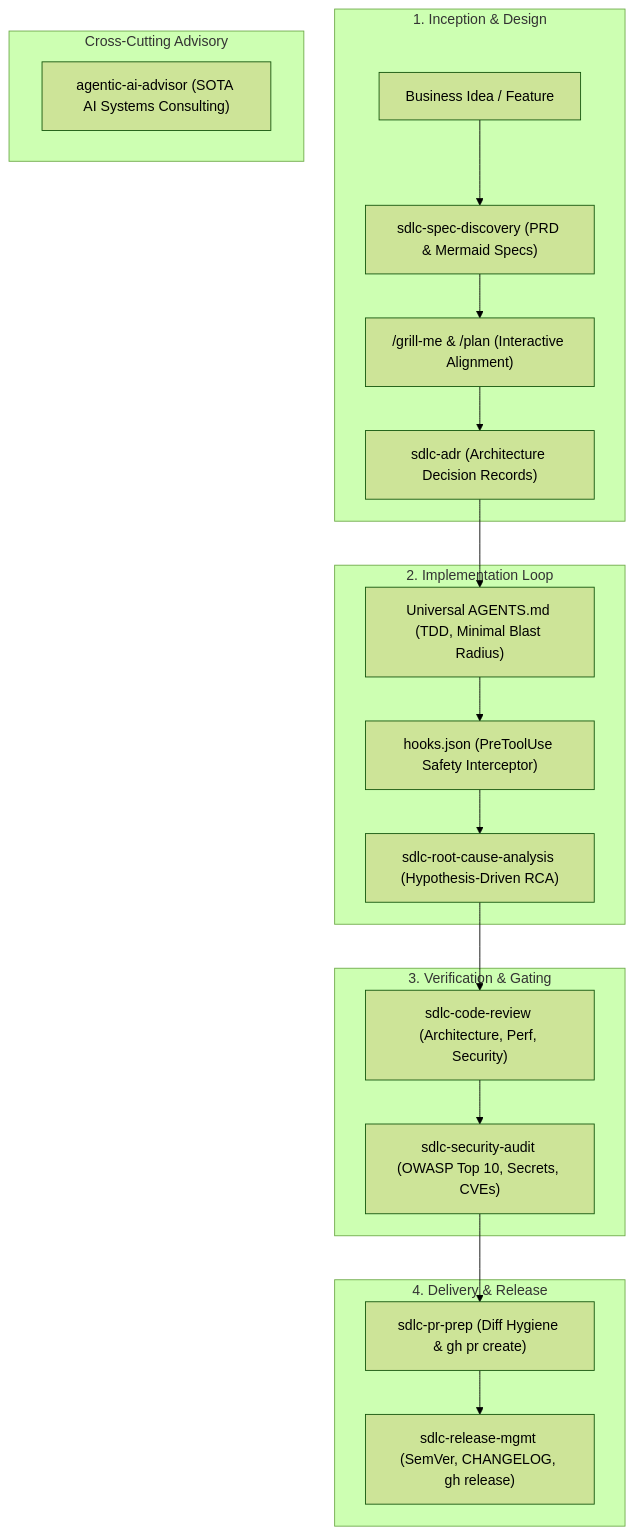
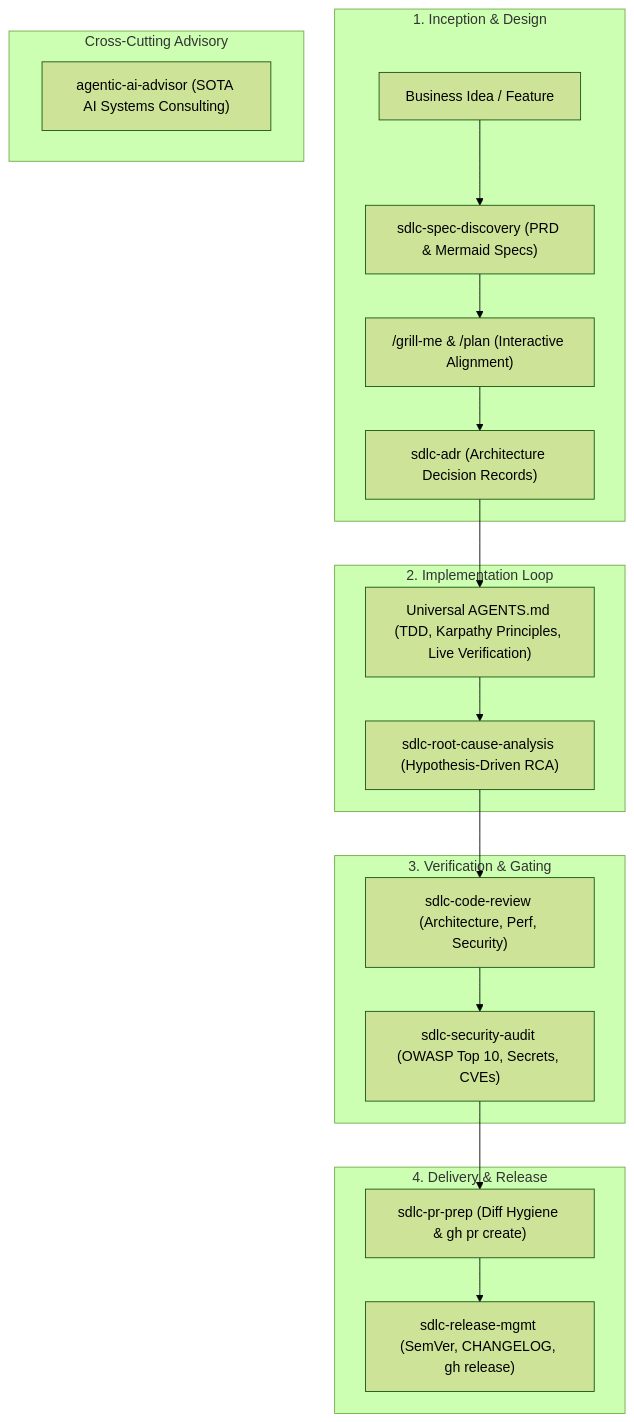
The diagram in README.md (enielrodriguez/antigravity-sdlc-pack), drawn with Mermaid (forest theme) before and after one commit. The commit also changed other lines of this file and 2 other files, not shown here.

Commit message:
refactor: remove redundant hooks.json and update README

````diff
--- a/README.md
+++ b/README.md
@@ -11,28 +11,27 @@
 ```mermaid
 flowchart TD
     subgraph Inception["1. Inception & Design"]
         A["Business Idea / Feature"] --> B["sdlc-spec-discovery (PRD & Mermaid Specs)"]
         B --> C["/grill-me & /plan (Interactive Alignment)"]
         C --> D["sdlc-adr (Architecture Decision Records)"]
     end
 
     subgraph Implementation["2. Implementation Loop"]
-        D --> E["Universal AGENTS.md (TDD, Minimal Blast Radius)"]
-        E --> F["hooks.json (PreToolUse Safety Interceptor)"]
-        F --> G["sdlc-root-cause-analysis (Hypothesis-Driven RCA)"]
+        D --> E["Universal AGENTS.md (TDD, Karpathy Principles, Live Verification)"]
+        E --> G["sdlc-root-cause-analysis (Hypothesis-Driven RCA)"]
     end
 
     subgraph Verification["3. Verification & Gating"]
         G --> H["sdlc-code-review (Architecture, Perf, Security)"]
         H --> I["sdlc-security-audit (OWASP Top 10, Secrets, CVEs)"]
     end
 
     subgraph Release["4. Delivery & Release"]
         I --> J["sdlc-pr-prep (Diff Hygiene & gh pr create)"]
         J --> K["sdlc-release-mgmt (SemVer, CHANGELOG, gh release)"]
     end
 
     subgraph Advisory["Cross-Cutting Advisory"]
         L["agentic-ai-advisor (SOTA AI Systems Consulting)"]
     end
 ```
````
